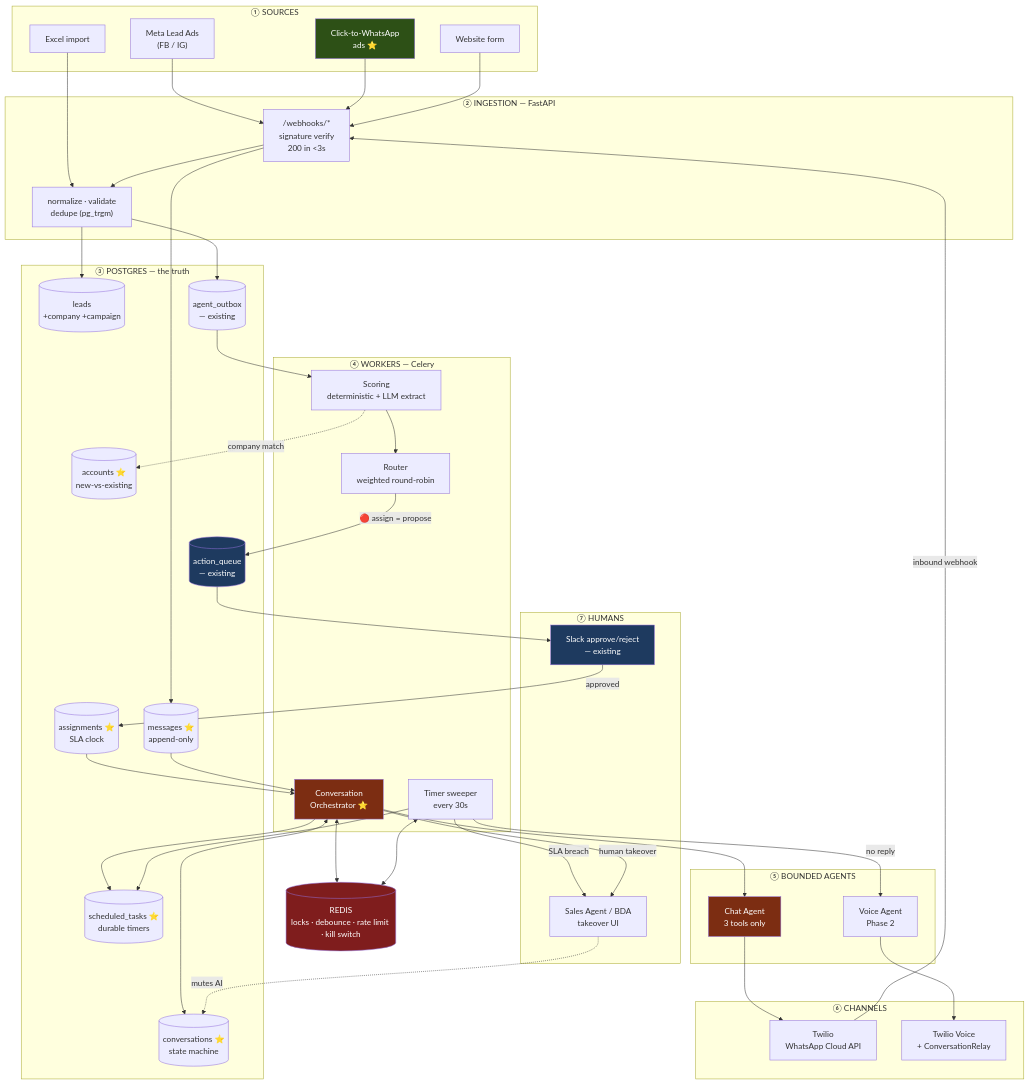
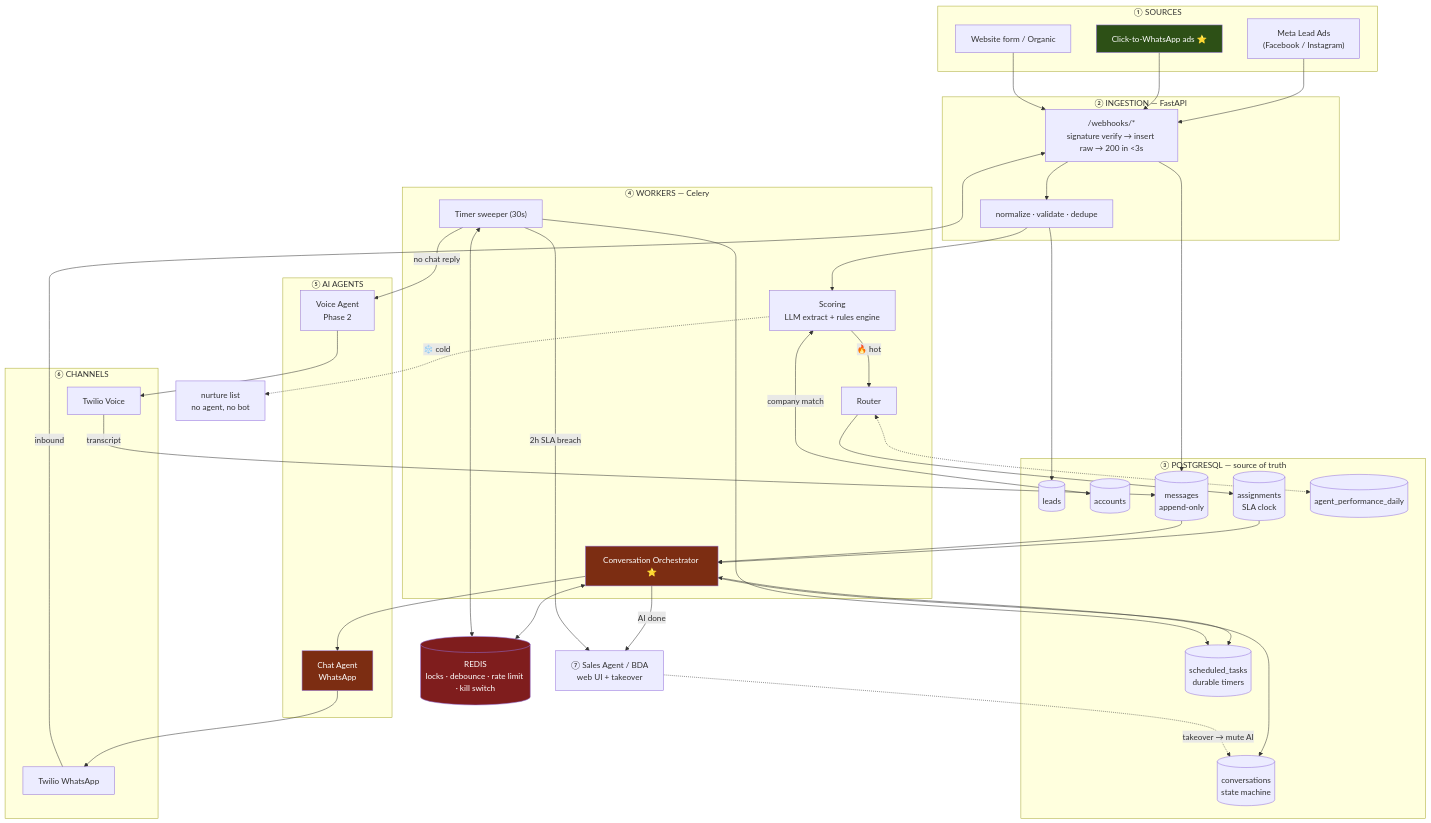
One commit to jitendra205saini/TwoWay_Ai_Agent changed the first of 4 diagrams in TWOWAY.md. Above: the diagram before and after it, drawn with Mermaid. The commit also changed other lines of this file, not shown here.

````diff
--- a/TWOWAY.md
+++ b/TWOWAY.md
@@ -37,86 +11,77 @@
 ```mermaid
 flowchart TB
     subgraph SRC["① SOURCES"]
-        FB["Meta Lead Ads<br/>(FB / IG)"]
-        CTWA["Click-to-WhatsApp<br/>ads ⭐"]
-        WEB["Website form"]
-        CSV["Excel import"]
+        FB["Meta Lead Ads<br/>(Facebook / Instagram)"]
+        CTWA["Click-to-WhatsApp ads ⭐"]
+        WEB["Website form / Organic"]
     end
 
     subgraph EDGE["② INGESTION — FastAPI"]
-        WH["/webhooks/*<br/>signature verify<br/>200 in &lt;3s"]
-        NORM["normalize · validate<br/>dedupe (pg_trgm)"]
+        WH["/webhooks/*<br/>signature verify → insert raw → 200 in &lt;3s"]
+        NORM["normalize · validate · dedupe"]
     end
 
-    subgraph CORE["③ POSTGRES — the truth"]
-        LEADS[("leads<br/>+company +campaign")]
-        ACCT[("accounts ⭐<br/>new-vs-existing")]
-        CONV[("conversations ⭐<br/>state machine")]
-        MSG[("messages ⭐<br/>append-only")]
-        SCHED[("scheduled_tasks ⭐<br/>durable timers")]
-        ASSIGN[("assignments ⭐<br/>SLA clock")]
-        AQ[("action_queue<br/>— existing")]
-        OUTBOX[("agent_outbox<br/>— existing")]
+    subgraph DB["③ POSTGRESQL — source of truth"]
+        LEADS[("leads")]
+        ACCT[("accounts")]
+        CONV[("conversations<br/>state machine")]
+        MSG[("messages<br/>append-only")]
+        SCHED[("scheduled_tasks<br/>durable timers")]
+        ASSIGN[("assignments<br/>SLA clock")]
+        PERF[("agent_performance_daily")]
     end
 
     subgraph WORK["④ WORKERS — Celery"]
-        SCORE["Scoring<br/>deterministic + LLM extract"]
-        ROUTE["Router<br/>weighted round-robin"]
-        ORCH["Conversation<br/>Orchestrator ⭐"]
-        SWEEP["Timer sweeper<br/>every 30s"]
+        SCORE["Scoring<br/>LLM extract + rules engine"]
+        ROUTE["Router"]
+        ORCH["Conversation Orchestrator ⭐"]
+        SWEEP["Timer sweeper (30s)"]
     end
 
-    subgraph AI["⑤ BOUNDED AGENTS"]
-        CHAT["Chat Agent<br/>3 tools only"]
+    subgraph AI["⑤ AI AGENTS"]
+        CHAT["Chat Agent<br/>WhatsApp"]
         VOICE["Voice Agent<br/>Phase 2"]
     end
 
-    subgraph OUT["⑥ CHANNELS"]
-        TW["Twilio<br/>WhatsApp Cloud API"]
-        TV["Twilio Voice<br/>+ ConversationRelay"]
+    subgraph CH["⑥ CHANNELS"]
+        TW["Twilio WhatsApp"]
+        TV["Twilio Voice"]
     end
 
-    subgraph HUM["⑦ HUMANS"]
-        SLACK["Slack approve/reject<br/>— existing"]
-        REP["Sales Agent / BDA<br/>takeover UI"]
-    end
-
+    REP["⑦ Sales Agent / BDA<br/>web UI + takeover"]
     RD[("REDIS<br/>locks · debounce · rate limit · kill switch")]
 
     FB --> WH
     CTWA --> WH
     WEB --> WH
-    CSV --> NORM
     WH --> NORM
     NORM --> LEADS
-    NORM --> OUTBOX
-    OUTBOX --> SCORE
-    SCORE -.->|company match| ACCT
-    SCORE --> ROUTE
-    ROUTE -->|"🔴 assign = propose"| AQ
-    AQ --> SLACK
-    SLACK -->|approved| ASSIGN
+    NORM --> SCORE
+    SCORE <-->|company match| ACCT
+    SCORE -->|"🔥 hot"| ROUTE
+    SCORE -.->|"❄️ cold"| X["nurture list<br/>no agent, no bot"]
+    ROUTE --> ASSIGN
+    ROUTE <-.-> PERF
     ASSIGN --> ORCH
     ORCH <--> CONV
     ORCH --> CHAT
     CHAT --> TW
-    TW -->|inbound webhook| WH
+    TW -->|inbound| WH
     WH --> MSG
     MSG --> ORCH
     ORCH --> SCHED
     SWEEP --> SCHED
-    SWEEP -->|no reply| VOICE
+    SWEEP -->|no chat reply| VOICE
     VOICE --> TV
-    SWEEP -->|SLA breach| REP
-    ORCH -->|human takeover| REP
-    REP -.->|mutes AI| CONV
+    TV -->|transcript| MSG
+    ORCH -->|AI done| REP
+    SWEEP -->|2h SLA breach| REP
+    REP -.->|takeover → mute AI| CONV
     ORCH <--> RD
     SWEEP <--> RD
 
-    style CTWA fill:#2d5016,color:#fff
     style ORCH fill:#7c2d12,color:#fff
     style CHAT fill:#7c2d12,color:#fff
+    style CTWA fill:#2d5016,color:#fff
     style RD fill:#7f1d1d,color:#fff
-    style AQ fill:#1e3a5f,color:#fff
-    style SLACK fill:#1e3a5f,color:#fff
 ```
````
